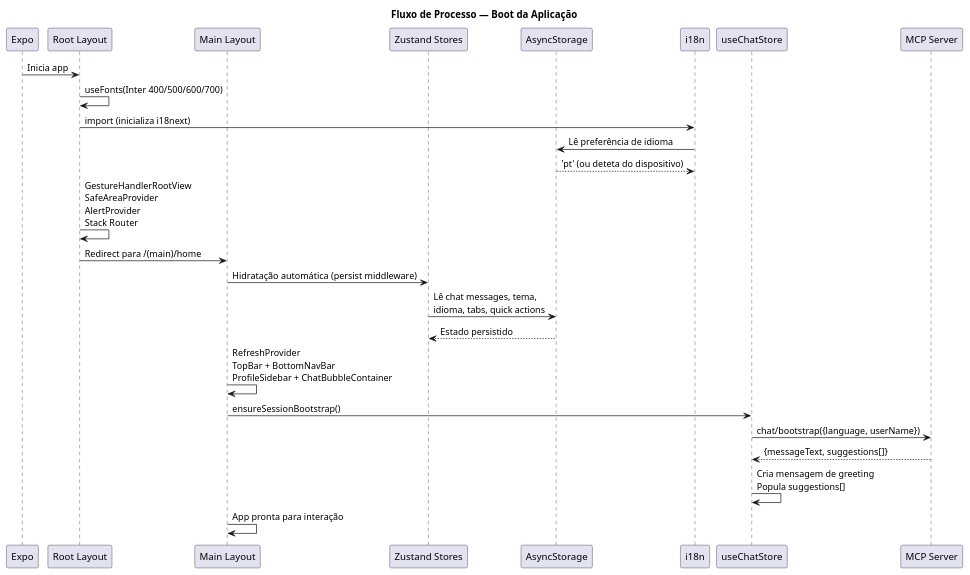
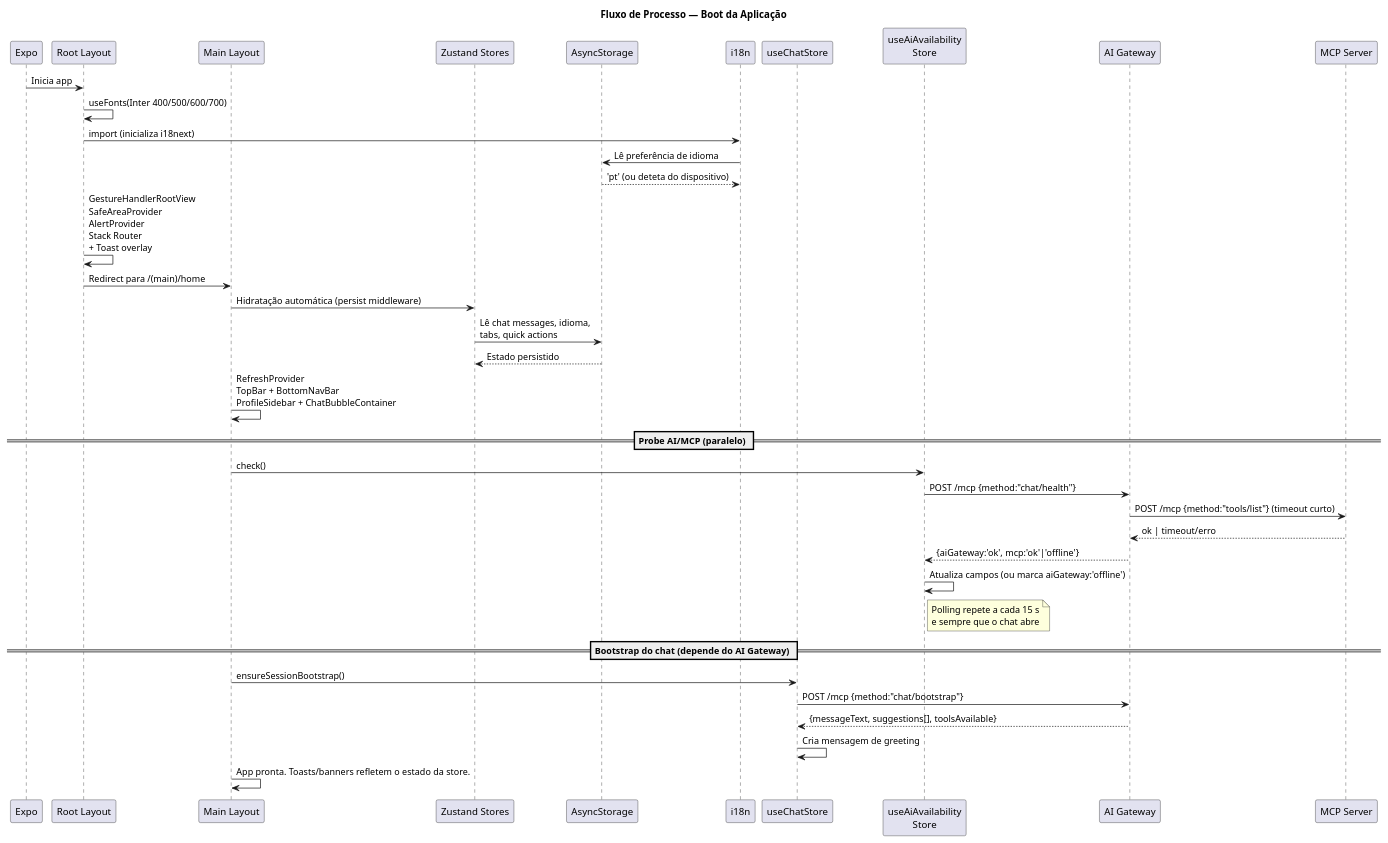
One commit to gabsilva17/projeto-armis changed the ninth of 14 diagrams in armini/docs/architecture.md. Above: the diagram before and after it, drawn with PlantUML. The commit also changed other lines of this file and 5 other files, not shown here.

````diff
--- a/armini/docs/architecture.md
+++ b/armini/docs/architecture.md
@@ -466,38 +548,52 @@
 ```plantuml
 @startuml Processo_Boot
 title Fluxo de Processo — Boot da Aplicação
 
 participant "Expo" as expo
 participant "Root Layout" as rootLayout
 participant "Main Layout" as mainLayout
 participant "Zustand Stores" as stores
 participant "AsyncStorage" as storage
 participant "i18n" as i18n
 participant "useChatStore" as chatStore
-participant "MCP Server" as mcpServer
+participant "useAiAvailability\nStore" as aiStore
+participant "AI Gateway" as gw
+participant "MCP Server" as mcp
 
 expo -> rootLayout : Inicia app
 rootLayout -> rootLayout : useFonts(Inter 400/500/600/700)
 rootLayout -> i18n : import (inicializa i18next)
 i18n -> storage : Lê preferência de idioma
 storage --> i18n : 'pt' (ou deteta do dispositivo)
 
-rootLayout -> rootLayout : GestureHandlerRootView\nSafeAreaProvider\nAlertProvider\nStack Router
+rootLayout -> rootLayout : GestureHandlerRootView\nSafeAreaProvider\nAlertProvider\nStack Router\n+ Toast overlay
 
 rootLayout -> mainLayout : Redirect para /(main)/home
 
 mainLayout -> stores : Hidratação automática (persist middleware)
-stores -> storage : Lê chat messages, tema,\nidioma, tabs, quick actions
+stores -> storage : Lê chat messages, idioma,\ntabs, quick actions
 storage --> stores : Estado persistido
 
 mainLayout -> mainLayout : RefreshProvider\nTopBar + BottomNavBar\nProfileSidebar + ChatBubbleContainer
 
+== Probe AI/MCP (paralelo) ==
+
+mainLayout -> aiStore : check()
+aiStore -> gw : POST /mcp {method:"chat/health"}
+gw -> mcp : POST /mcp {method:"tools/list"} (timeout curto)
+mcp --> gw : ok | timeout/erro
+gw --> aiStore : {aiGateway:'ok', mcp:'ok'|'offline'}
+aiStore -> aiStore : Atualiza campos (ou marca aiGateway:'offline')
+note right of aiStore : Polling repete a cada 15 s\ne sempre que o chat abre
+
+== Bootstrap do chat (depende do AI Gateway) ==
+
 mainLayout -> chatStore : ensureSessionBootstrap()
-chatStore -> mcpServer : chat/bootstrap({language, userName})
-mcpServer --> chatStore : {messageText, suggestions[]}
-chatStore -> chatStore : Cria mensagem de greeting\nPopula suggestions[]
+chatStore -> gw : POST /mcp {method:"chat/bootstrap"}
+gw --> chatStore : {messageText, suggestions[], toolsAvailable}
+chatStore -> chatStore : Cria mensagem de greeting
 
-mainLayout -> mainLayout : App pronta para interação
+mainLayout -> mainLayout : App pronta. Toasts/banners refletem o estado da store.
 
 @enduml
 ```
````
